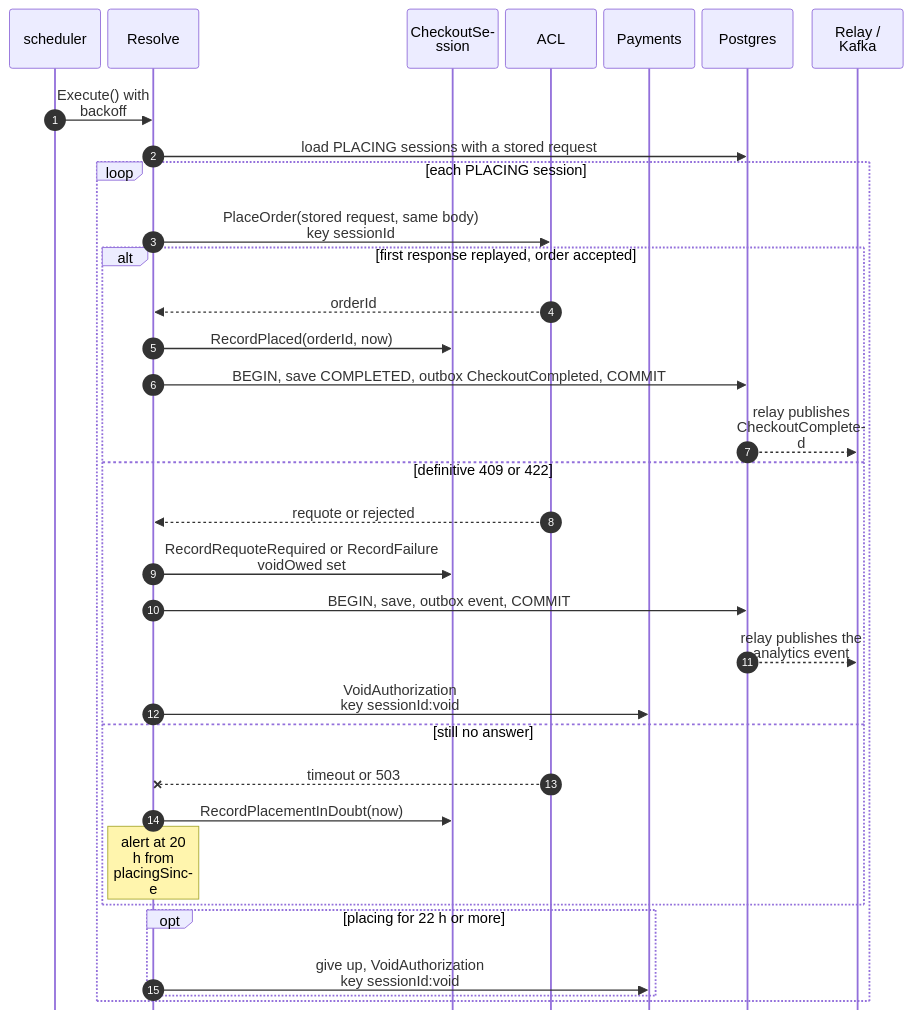
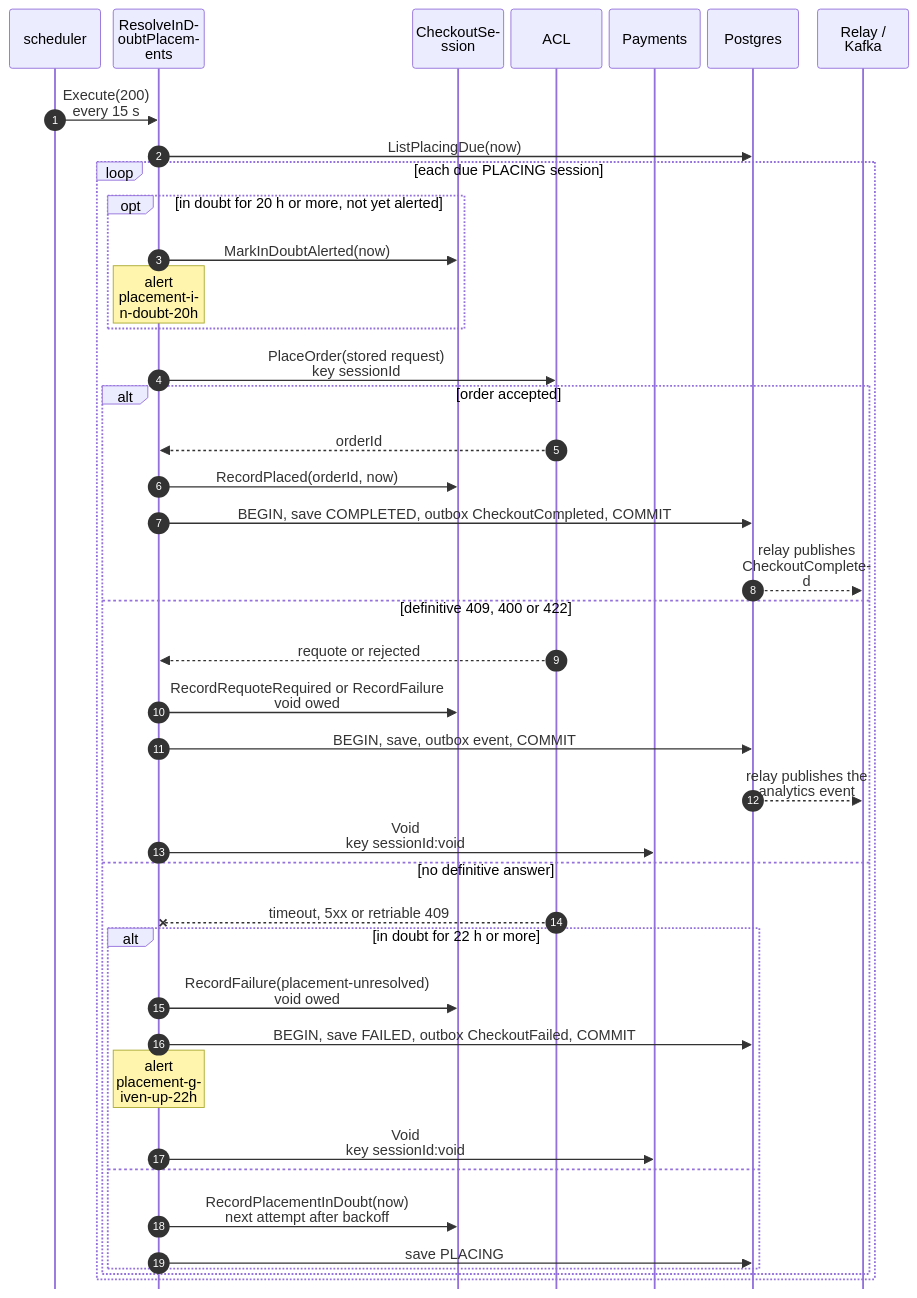
The fourth of 5 diagrams in docs/docs/ddd/sequence-diagrams.md (IQVO/checkout), drawn with Mermaid before and after one commit. The commit also changed other lines of this file and 8 other files, not shown here.

````diff
--- a/docs/docs/ddd/sequence-diagrams.md
+++ b/docs/docs/ddd/sequence-diagrams.md
@@ -216,36 +211,44 @@
 ```mermaid
 %%{init: {"sequence": {"wrap": true, "width": 100, "actorMargin": 8, "messageMargin": 28, "boxMargin": 6, "noteMargin": 6, "mirrorActors": false}}}%%
 sequenceDiagram
     autonumber
     participant S as scheduler
-    participant UC as Resolve
+    participant UC as ResolveInDoubtPlacements
     participant A as CheckoutSession
     participant O as ACL
     participant P as Payments
     participant DB as Postgres
     participant K as Relay / Kafka
-    S->>UC: Execute() with backoff
-    UC->>DB: load PLACING sessions with a stored request
-    loop each PLACING session
-        UC->>O: PlaceOrder(stored request, same body)<br/>key sessionId
-        alt first response replayed, order accepted
+    S->>UC: Execute(200) every 15 s
+    UC->>DB: ListPlacingDue(now)
+    loop each due PLACING session
+        opt in doubt for 20 h or more, not yet alerted
+            UC->>A: MarkInDoubtAlerted(now)
+            Note over UC: alert placement-in-doubt-20h
+        end
+        UC->>O: PlaceOrder(stored request)<br/>key sessionId
+        alt order accepted
             O-->>UC: orderId
             UC->>A: RecordPlaced(orderId, now)
             UC->>DB: BEGIN, save COMPLETED, outbox CheckoutCompleted, COMMIT
             DB-->>K: relay publishes CheckoutCompleted
-        else definitive 409 or 422
+        else definitive 409, 400 or 422
             O-->>UC: requote or rejected
-            UC->>A: RecordRequoteRequired or RecordFailure<br/>voidOwed set
+            UC->>A: RecordRequoteRequired or RecordFailure<br/>void owed
             UC->>DB: BEGIN, save, outbox event, COMMIT
             DB-->>K: relay publishes the analytics event
-            UC->>P: VoidAuthorization<br/>key sessionId:void
-        else still no answer
-            O--xUC: timeout or 503
-            UC->>A: RecordPlacementInDoubt(now)
-            Note over UC: alert at 20 h from placingSince
-        end
-        opt placing for 22 h or more
-            UC->>P: give up, VoidAuthorization<br/>key sessionId:void
+            UC->>P: Void<br/>key sessionId:void
+        else no definitive answer
+            O--xUC: timeout, 5xx or retriable 409
+            alt in doubt for 22 h or more
+                UC->>A: RecordFailure(placement-unresolved)<br/>void owed
+                UC->>DB: BEGIN, save FAILED, outbox CheckoutFailed, COMMIT
+                Note over UC: alert placement-given-up-22h
+                UC->>P: Void<br/>key sessionId:void
+            else
+                UC->>A: RecordPlacementInDoubt(now)<br/>next attempt after backoff
+                UC->>DB: save PLACING
+            end
         end
     end
 ```
````
